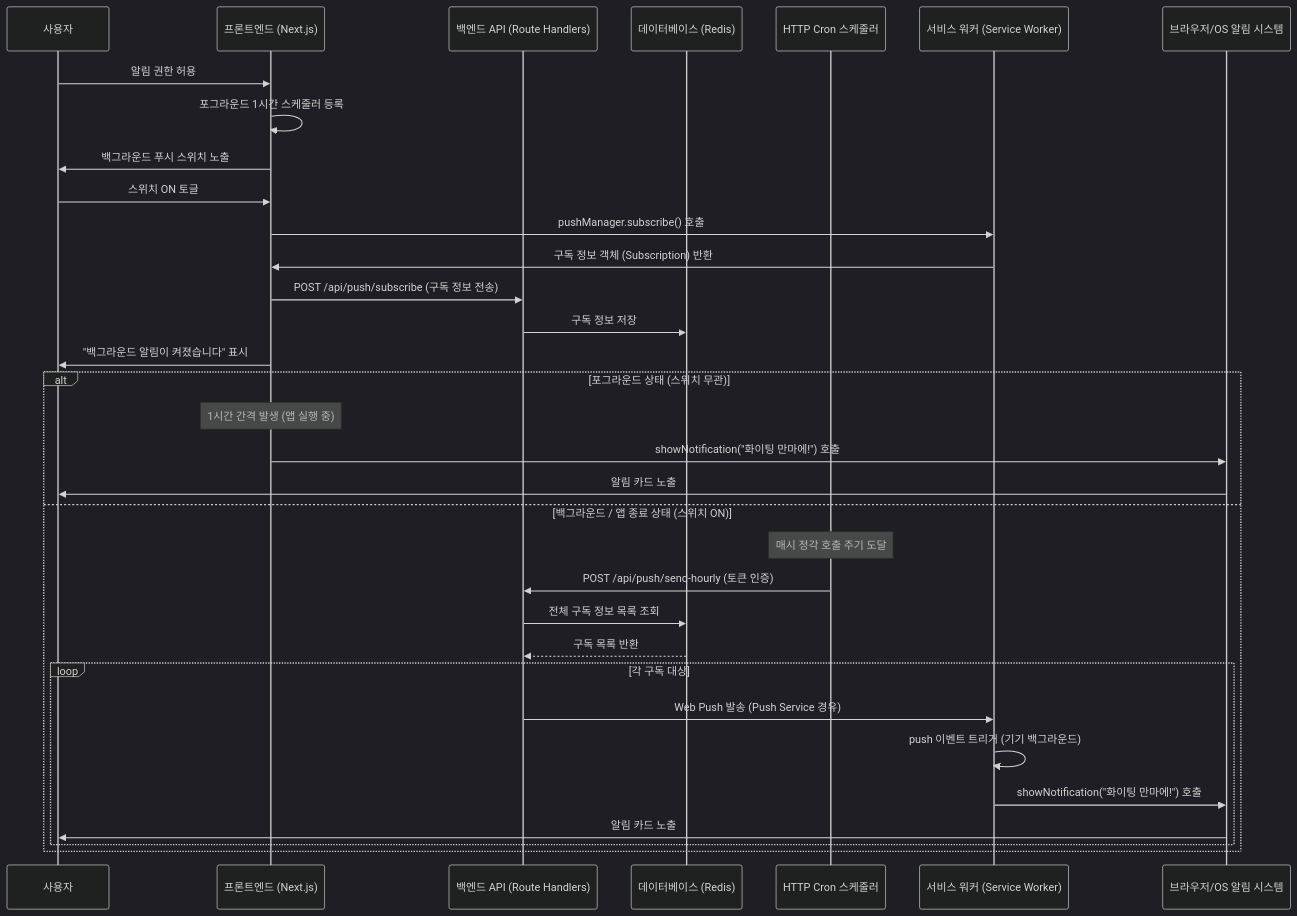
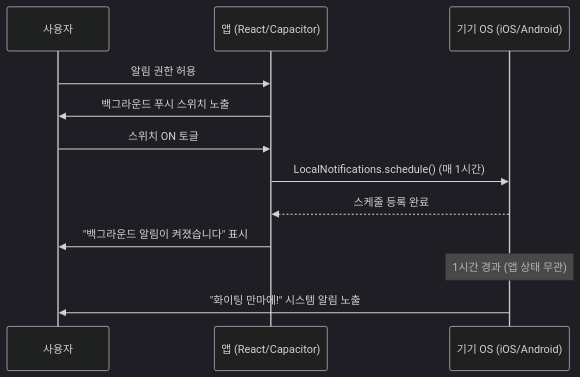
One commit to mann-lab-apps/dimmer-switch changed the second of 2 diagrams in docs/user-flow/push_notification_flow.md. Above: the diagram before and after it, drawn with Mermaid (dark theme). The commit also changed other lines of this file and 37 other files, not shown here.

Commit message:
feat: Replace Vercel backend Web Push with Capacitor Local Notifications

````diff
--- a/docs/user-flow/push_notification_flow.md
+++ b/docs/user-flow/push_notification_flow.md
@@ -34,39 +33,19 @@
 ```mermaid
 sequenceDiagram
     participant User as 사용자
-    participant Front as 프론트엔드 (Next.js)
-    participant Server as 백엔드 API (Route Handlers)
-    participant DB as 데이터베이스 (Redis)
-    participant Cron as HTTP Cron 스케줄러
-    participant SW as 서비스 워커 (Service Worker)
-    participant OS as 브라우저/OS 알림 시스템
+    participant App as 앱 (React/Capacitor)
+    participant OS as 기기 OS (iOS/Android)
     
-    User->>Front: 알림 권한 허용
-    Front->>Front: 포그라운드 1시간 스케줄러 등록
-    Front->>User: 백그라운드 푸시 스위치 노출
+    User->>App: 알림 권한 허용
+    App->>User: 백그라운드 푸시 스위치 노출
     
     %% 백그라운드 푸시 On
-    User->>Front: 스위치 ON 토글
-    Front->>SW: pushManager.subscribe() 호출
-    SW->>Front: 구독 정보 객체 (Subscription) 반환
-    Front->>Server: POST /api/push/subscribe (구독 정보 전송)
-    Server->>DB: 구독 정보 저장
-    Front->>User: "백그라운드 알림이 켜졌습니다" 표시
+    User->>App: 스위치 ON 토글
+    App->>OS: LocalNotifications.schedule() (매 1시간)
+    OS-->>App: 스케줄 등록 완료
+    App->>User: "백그라운드 알림이 켜졌습니다" 표시
 
-    alt 포그라운드 상태 (스위치 무관)
-        Note over Front: 1시간 간격 발생 (앱 실행 중)
-        Front->>OS: showNotification("화이팅 만마에!") 호출
-        OS->>User: 알림 카드 노출
-    else 백그라운드 / 앱 종료 상태 (스위치 ON)
-        Note over Cron: 매시 정각 호출 주기 도달
-        Cron->>Server: POST /api/push/send-hourly (토큰 인증)
-        Server->>DB: 전체 구독 정보 목록 조회
-        DB-->>Server: 구독 목록 반환
-        loop 각 구독 대상
-            Server->>SW: Web Push 발송 (Push Service 경유)
-            SW->>SW: push 이벤트 트리거 (기기 백그라운드)
-            SW->>OS: showNotification("화이팅 만마에!") 호출
-            OS->>User: 알림 카드 노출
-        end
-    end
+    %% 스케줄 알림 발송
+    Note over OS: 1시간 경과 (앱 상태 무관)
+    OS->>User: "화이팅 만마에!" 시스템 알림 노출
 ```
````
